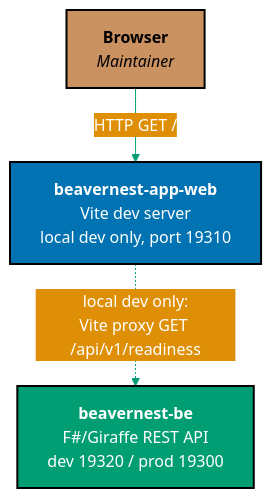
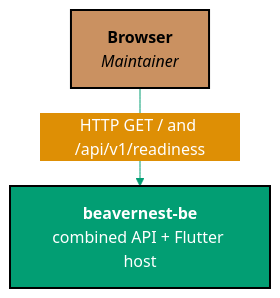
One commit to wahidyankf/open-sharia-fintech changed the diagram in specs/apps/beavernest/system-context/README.md. Above: the diagram before and after it, drawn with Mermaid. The commit also changed other lines of this file and 161 other files, not shown here.

Commit message:
feat(beavernest): complete Flutter hosted cutover

````diff
--- a/specs/apps/beavernest/system-context/README.md
+++ b/specs/apps/beavernest/system-context/README.md
@@ -7,14 +7,11 @@
 ```mermaid
 %%{init: {'theme':'base', 'themeVariables': { 'primaryColor':'#0173B2', 'primaryTextColor':'#fff', 'primaryBorderColor':'#000', 'lineColor':'#029E73', 'secondaryColor':'#DE8F05', 'tertiaryColor':'#CC78BC'}}}%%
 graph TB
     Browser["<b>Browser</b><br/><i>Maintainer</i>"]
-    FE["<b>beavernest-app-web</b><br/>Vite dev server<br/>local dev only, port 19310"]
-    BE["<b>beavernest-be</b><br/>F#/Giraffe REST API<br/>dev 19320 / prod 19300"]
+    BE["<b>beavernest-be</b><br/>combined API + Flutter host"]
 
-    Browser -->|"HTTP GET /"| FE
-    FE -.->|"local dev only:<br/>Vite proxy GET /api/v1/readiness"| BE
+    Browser -->|"HTTP GET / and /api/v1/readiness"| BE
 
     style Browser fill:#CA9161,stroke:#000,stroke-width:2px,color:#000
-    style FE fill:#0173B2,stroke:#000,stroke-width:2px,color:#fff
     style BE fill:#029E73,stroke:#000,stroke-width:2px,color:#fff
 ```
````
